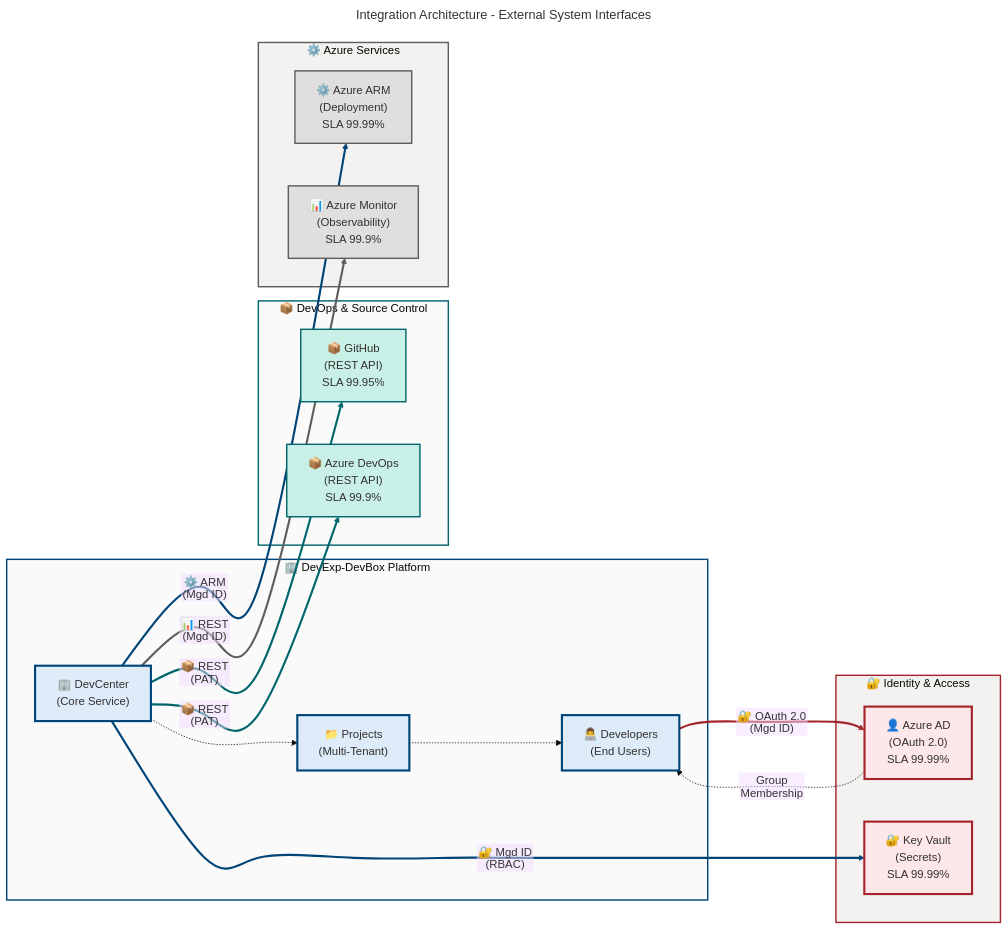
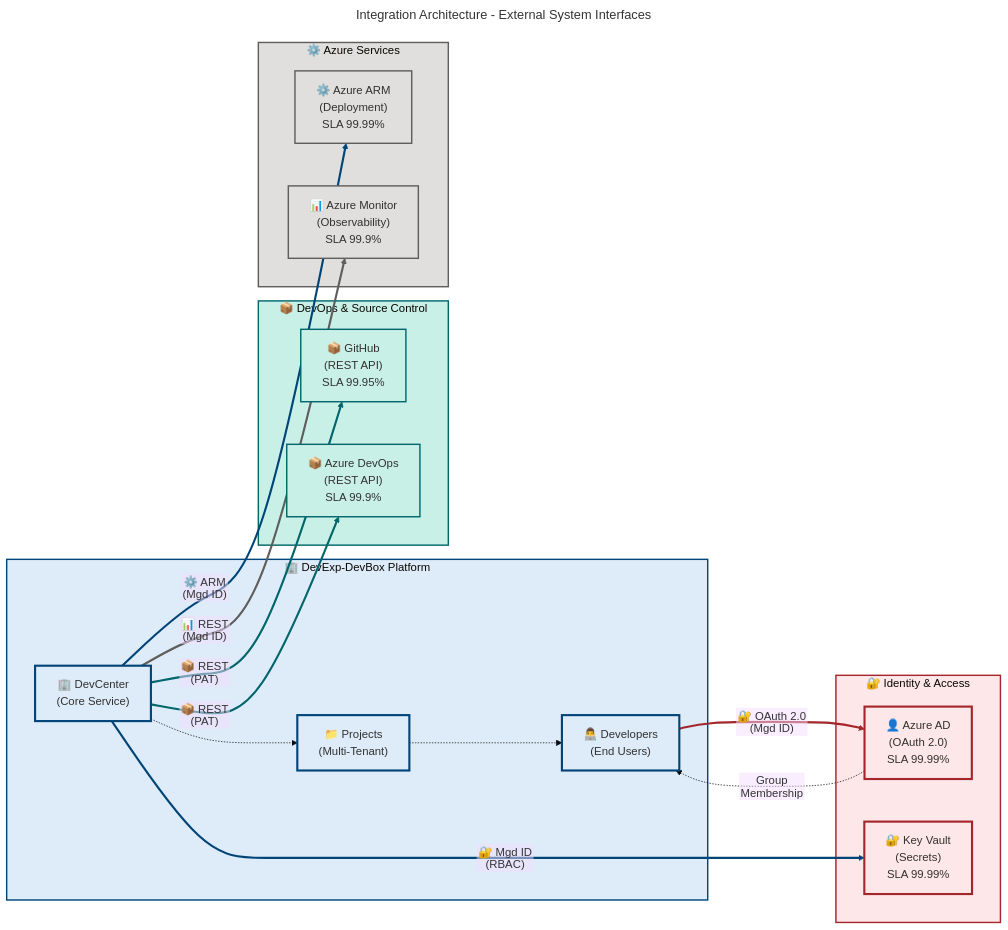
One commit to Evilazaro/DevExp-DevBox changed the fourth of 4 diagrams in docs/architecture/Business-Architecture.md. Above: the diagram before and after it, drawn with Mermaid. The commit also changed other lines of this file and 2 other files, not shown here.

Commit message:
fix: update flowchart curve style to 'basis' for improved visual consistency across architecture documents

````diff
--- a/docs/architecture/Business-Architecture.md
+++ b/docs/architecture/Business-Architecture.md
@@ -1055,7 +1058,7 @@
     fontSize: '16px'
   flowchart:
     htmlLabels: false
-    curve: natural
+    curve: basis
     nodeSpacing: 60
     rankSpacing: 80
 ---
@@ -1124,7 +1127,7 @@
     classDef sharedYellow fill:#FFF4CE,stroke:#986F0B,stroke-width:2px,color:#323130
     classDef warningOrange fill:#FDE7E9,stroke:#8A3707,stroke-width:2px,color:#323130
     classDef neutralPurple fill:#E1DFDD,stroke:#5B5FC7,stroke-width:2px,color:#323130
-    classDef presenceTeal fill:#C8F0E7,stroke:#323130,stroke-width:2px,color:#323130
+    classDef presenceTeal fill:#C8F0E7,stroke:#00666B,stroke-width:2px,color:#323130
     classDef neutralGrey fill:#F3F2F1,stroke:#605E5C,stroke-width:2px,color:#323130
 
     %% Semantic class mappings for this diagram (4 used)
@@ -1134,8 +1137,9 @@
     classDef azure fill:#E1DFDD,stroke:#605E5C,stroke-width:2px,color:#323130
 
     %% Subgraph styling (4 subgraphs)
-    style CORE fill:#FAFAFA,stroke:#004578,stroke-width:2px
-    style IDENTITY fill:#F3F2F1,stroke:#A4262C,stroke-width:2px
-    style DEVOPS fill:#FAFAFA,stroke:#00666B,stroke-width:2px
-    style AZURE fill:#F3F2F1,stroke:#605E5C,stroke-width:2px
+    %% CRITICAL: Functional siblings use semantic colors matching content purpose
+    style CORE fill:#DEECF9,stroke:#004578,stroke-width:2px
+    style IDENTITY fill:#FDE7E9,stroke:#A4262C,stroke-width:2px
+    style DEVOPS fill:#C8F0E7,stroke:#00666B,stroke-width:2px
+    style AZURE fill:#E1DFDD,stroke:#605E5C,stroke-width:2px
 ```
````
